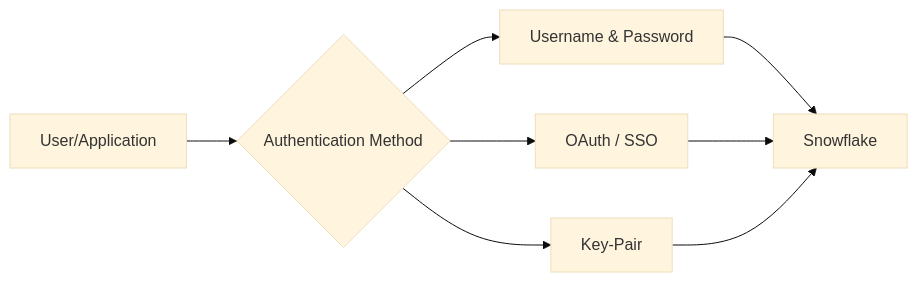
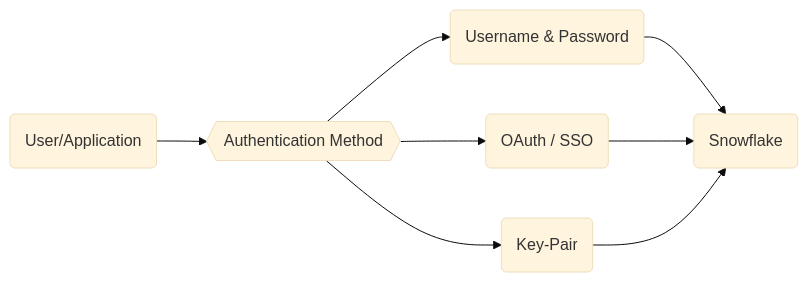
One commit to svc-bi-concepts/SnowflakeTutorials changed the diagram in docs/getting-started/overview.md. Above: the diagram before and after it, drawn with Mermaid (base theme). The commit also changed 35 other files, not shown here.

First line of the commit message:
Add MFA warnings and improve Mermaid diagram styling

````diff
--- a/docs/getting-started/overview.md
+++ b/docs/getting-started/overview.md
@@ -49,10 +49,10 @@
 ```mermaid
 graph LR
-    A[User/Application] --> B{Authentication Method}
-    B --> C[Username & Password]
-    B --> D[OAuth / SSO]
-    B --> E[Key-Pair]
-    C --> F[Snowflake]
+    A(User/Application) --> B{{Authentication Method}}
+    B --> C(Username & Password)
+    B --> D(OAuth / SSO)
+    B --> E(Key-Pair)
+    C --> F(Snowflake)
     D --> F
     E --> F
 ```
````
